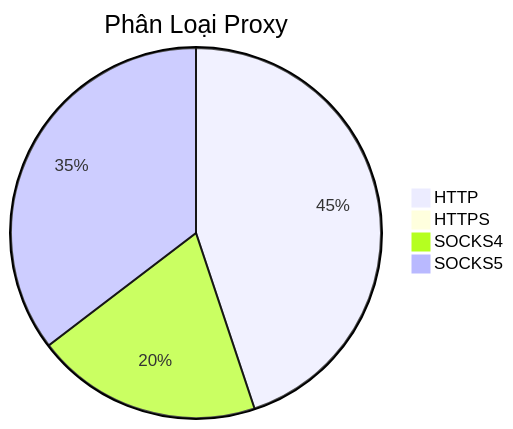
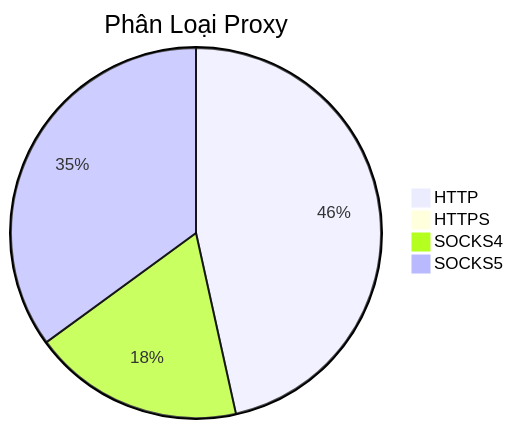
Before and after one commit to Ciara-12/PROXY-free: the diagram in README.md, drawn with Mermaid. The commit also changed other lines of this file and 4 other files, not shown here.

````diff
--- a/README.md
+++ b/README.md
@@ -26,7 +26,7 @@
 ```mermaid
 pie title Phân Loại Proxy
-    "HTTP" : 425
-    "HTTPS" : 1
-    "SOCKS4" : 187
-    "SOCKS5" : 335
+    "HTTP" : 437
+    "HTTPS" : 2
+    "SOCKS4" : 173
+    "SOCKS5" : 329
 ```
````
